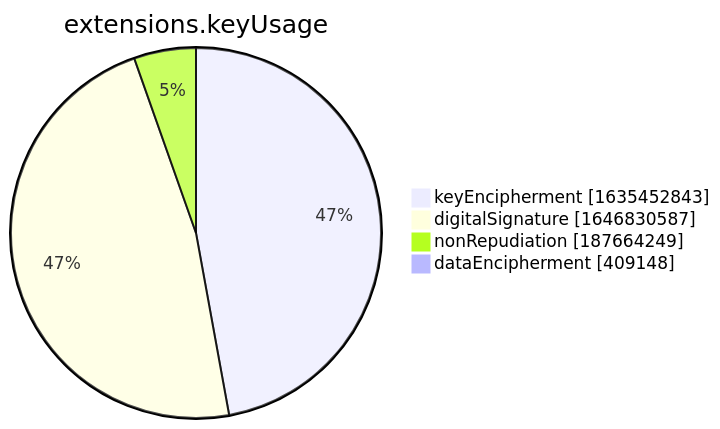
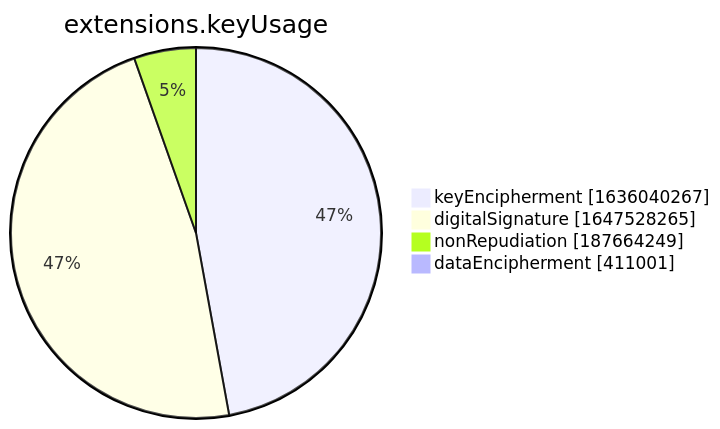
One commit to christiankrug/ctmonitor_visualization changed the seventh of 15 diagrams in xenon2022/README.md. Above: the diagram before and after it, drawn with Mermaid. The commit also changed other lines of this file, not shown here.

````diff
--- a/xenon2022/README.md
+++ b/xenon2022/README.md
@@ -2855,8 +2856,8 @@
 ```mermaid
 pie showData
 title extensions.keyUsage
-"keyEncipherment" :1635452843
-"digitalSignature" :1646830587
+"keyEncipherment" :1636040267
+"digitalSignature" :1647528265
 "nonRepudiation" :187664249
-"dataEncipherment" :409148
+"dataEncipherment" :411001
 ```
````
